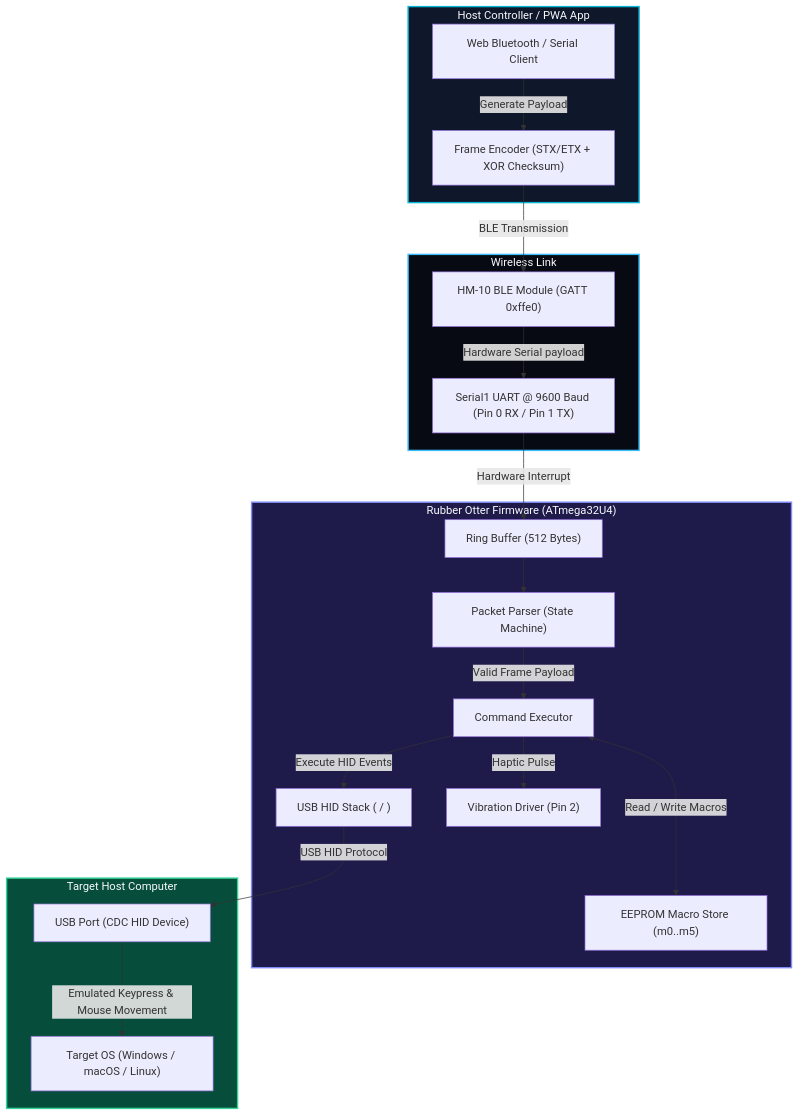
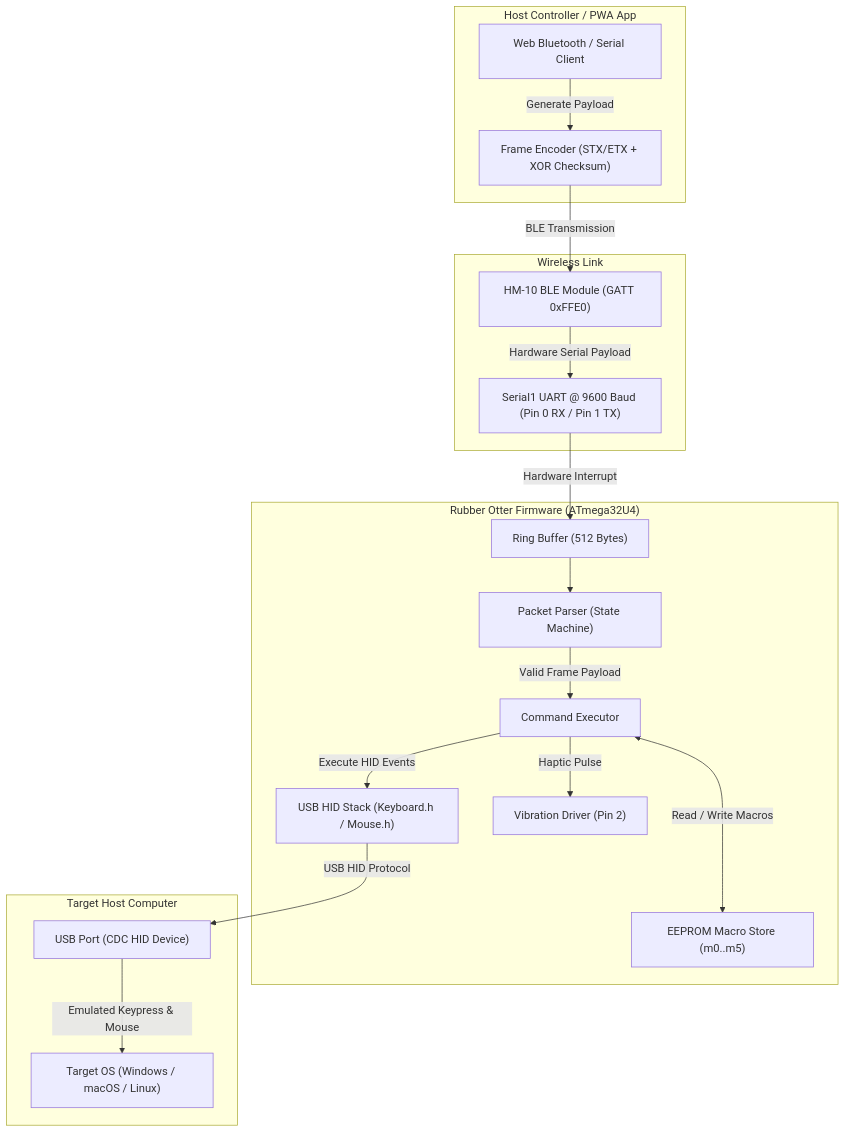
Before and after one commit to AtaCanYmc/RubberOtter: the first of 2 diagrams in firmware/README.md, drawn with Mermaid. The commit also changed other lines of this file and 10 other files, not shown here.

````diff
--- a/firmware/README.md
+++ b/firmware/README.md
@@ -33,44 +21,39 @@
 ```mermaid
-graph TD
+flowchart TD
     subgraph Host["Host Controller / PWA App"]
         CLIENT["Web Bluetooth / Serial Client"]
         FRAMER["Frame Encoder (STX/ETX + XOR Checksum)"]
         CLIENT -->|"Generate Payload"| FRAMER
     end
 
     subgraph Transport["Wireless Link"]
-        BLE["HM-10 BLE Module (GATT 0xffe0)"]
+        BLE["HM-10 BLE Module (GATT 0xFFE0)"]
         UART["Serial1 UART @ 9600 Baud (Pin 0 RX / Pin 1 TX)"]
         FRAMER -->|"BLE Transmission"| BLE
-        BLE -->|"Hardware Serial payload"| UART
+        BLE -->|"Hardware Serial Payload"| UART
     end
 
-    subgraph Firmware["Rubber Otter Firmware (ATmega32U4)"]
+    subgraph FirmwareMCU["Rubber Otter Firmware (ATmega32U4)"]
         RING["Ring Buffer (512 Bytes)"]
         PARSER["Packet Parser (State Machine)"]
         EXEC["Command Executor"]
         EEPROM_STORE["EEPROM Macro Store (m0..m5)"]
-        HID_STACK["USB HID Stack (<Keyboard.h> / <Mouse.h>)"]
+        HID_STACK["USB HID Stack (Keyboard.h / Mouse.h)"]
         VIB["Vibration Driver (Pin 2)"]
 
         UART -->|"Hardware Interrupt"| RING
         RING --> PARSER
         PARSER -->|"Valid Frame Payload"| EXEC
         EXEC <--->|"Read / Write Macros"| EEPROM_STORE
         EXEC -->|"Execute HID Events"| HID_STACK
         EXEC -->|"Haptic Pulse"| VIB
     end
 
     subgraph Target["Target Host Computer"]
         USB_PORT["USB Port (CDC HID Device)"]
         OS["Target OS (Windows / macOS / Linux)"]
 
         HID_STACK -->|"USB HID Protocol"| USB_PORT
-        USB_PORT -->|"Emulated Keypress & Mouse Movement"| OS
+        USB_PORT -->|"Emulated Keypress & Mouse"| OS
     end
-
-    style Host fill:#0f172a,stroke:#06b6d4,stroke-width:2px,color:#f8fafc
-    style Transport fill:#070a12,stroke:#38bdf8,stroke-width:2px,color:#f8fafc
-    style Firmware fill:#1e1b4b,stroke:#818cf8,stroke-width:2px,color:#f8fafc
-    style Target fill:#064e3b,stroke:#34d399,stroke-width:2px,color:#f8fafc
 ```
````
